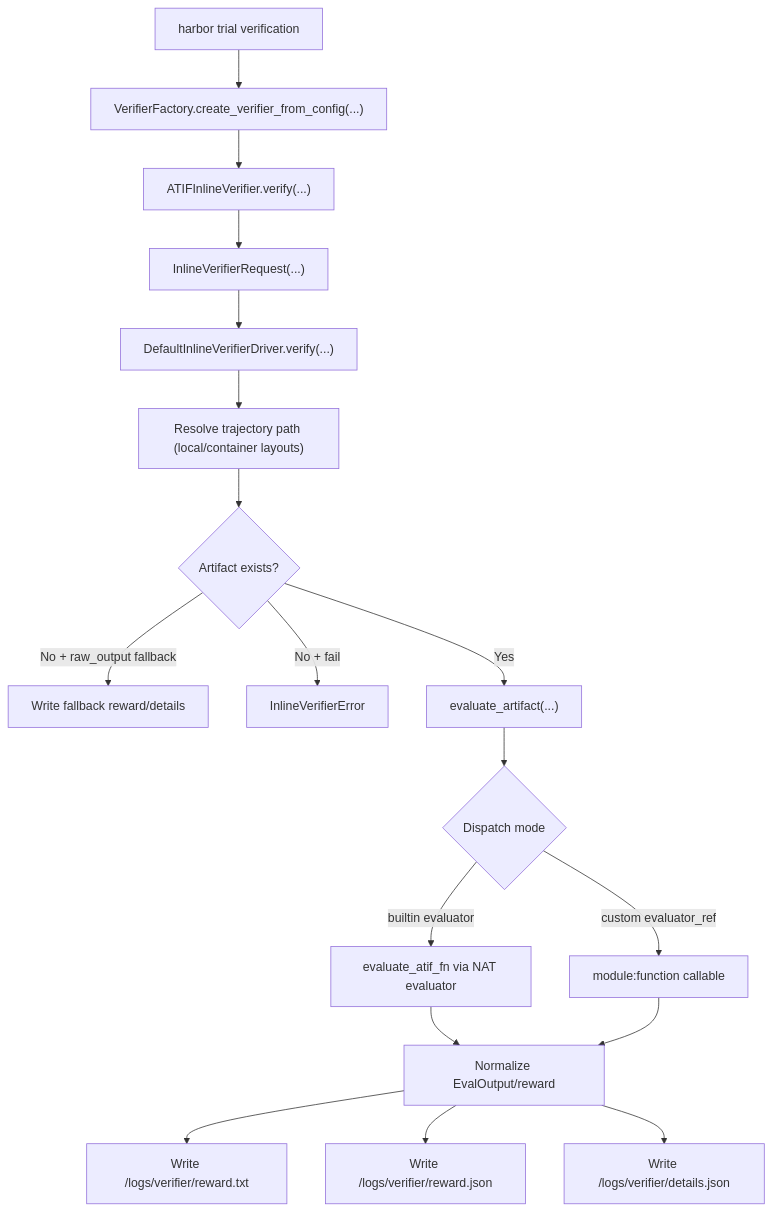
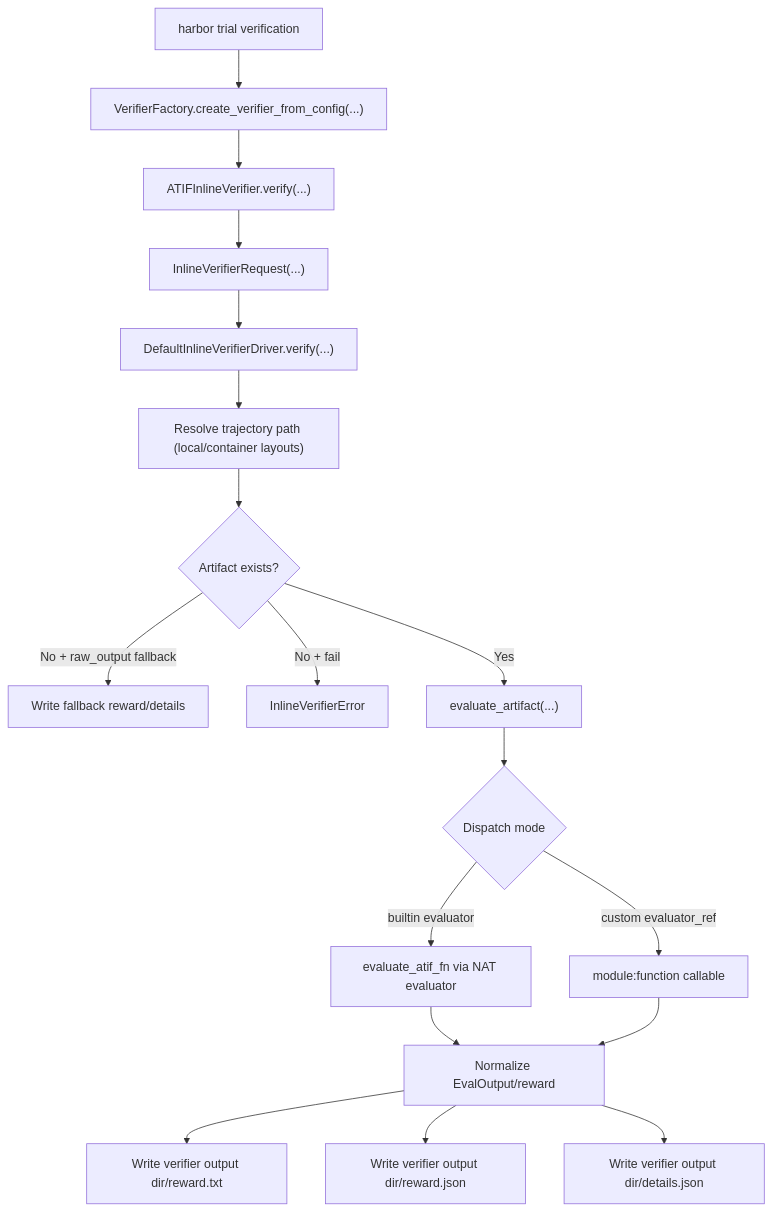
Before and after one commit to NVIDIA/NeMo-Agent-Toolkit: the second of 2 diagrams in packages/nvidia_nat_harbor/README.md, drawn with Mermaid. The commit also changed other lines of this file, not shown here.

Commit message:
Some more readme fixes

````diff
--- a/packages/nvidia_nat_harbor/README.md
+++ b/packages/nvidia_nat_harbor/README.md
@@ -113,20 +113,20 @@
 ```mermaid
 flowchart TD
   A["harbor trial verification"] --> B["VerifierFactory.create_verifier_from_config(...)"]
   B --> C["ATIFInlineVerifier.verify(...)"]
   C --> D["InlineVerifierRequest(...)"]
   D --> E["DefaultInlineVerifierDriver.verify(...)"]
   E --> F["Resolve trajectory path (local/container layouts)"]
   F --> G{"Artifact exists?"}
   G -- "No + raw_output fallback" --> H["Write fallback reward/details"]
   G -- "No + fail" --> I["InlineVerifierError"]
   G -- "Yes" --> J["evaluate_artifact(...)"]
   J --> K{"Dispatch mode"}
   K -- "builtin evaluator" --> L["evaluate_atif_fn via NAT evaluator"]
   K -- "custom evaluator_ref" --> M["module:function callable"]
   L --> N["Normalize EvalOutput/reward"]
   M --> N
-  N --> O["Write /logs/verifier/reward.txt"]
-  N --> P["Write /logs/verifier/reward.json"]
-  N --> Q["Write /logs/verifier/details.json"]
+  N --> O["Write verifier output dir/reward.txt"]
+  N --> P["Write verifier output dir/reward.json"]
+  N --> Q["Write verifier output dir/details.json"]
 ```
````
